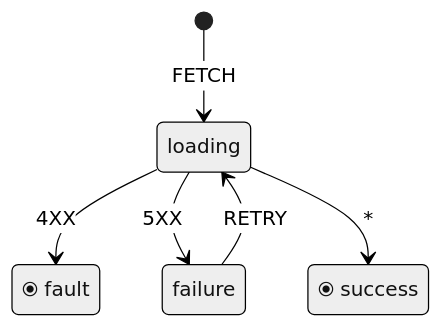
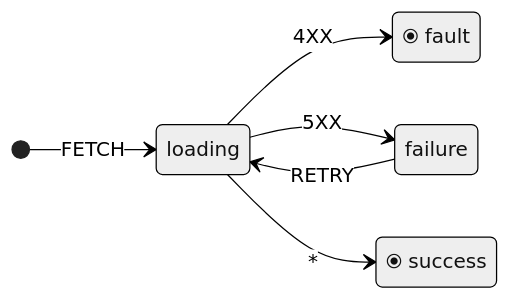
One commit to drivly/state.do changed the diagram in README.md. Above: the diagram before and after it, drawn with Mermaid (neutral theme).

````diff
--- a/README.md
+++ b/README.md
@@ -19,8 +19,9 @@
 ```mermaid
 stateDiagram-v2
+direction LR
 [*]-->loading: FETCH
 loading-->⦿&nbsp;fault: 4XX
 loading-->failure: 5XX
 loading-->⦿&nbsp;success: *
 failure-->loading: RETRY
 ```
````
